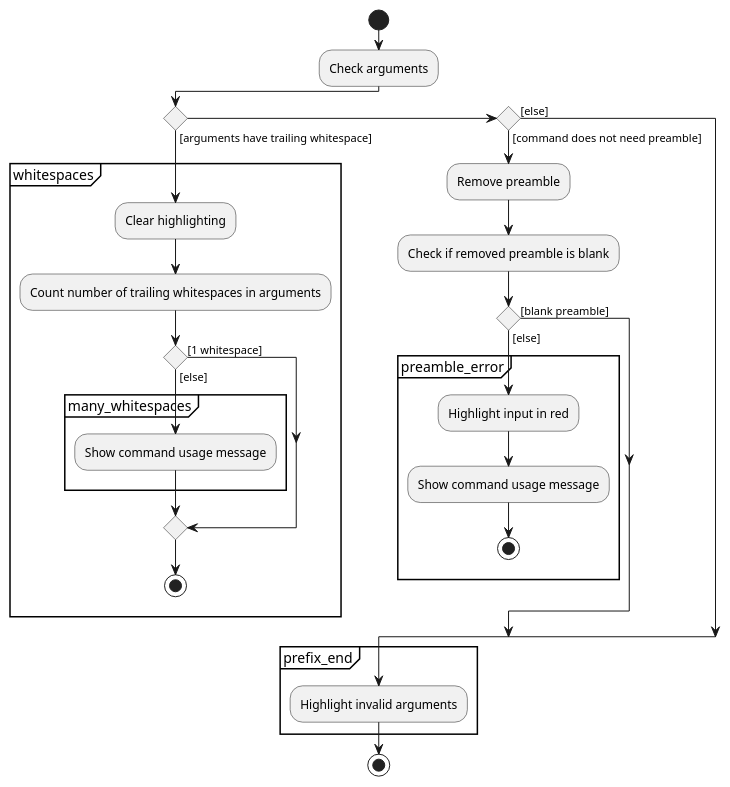
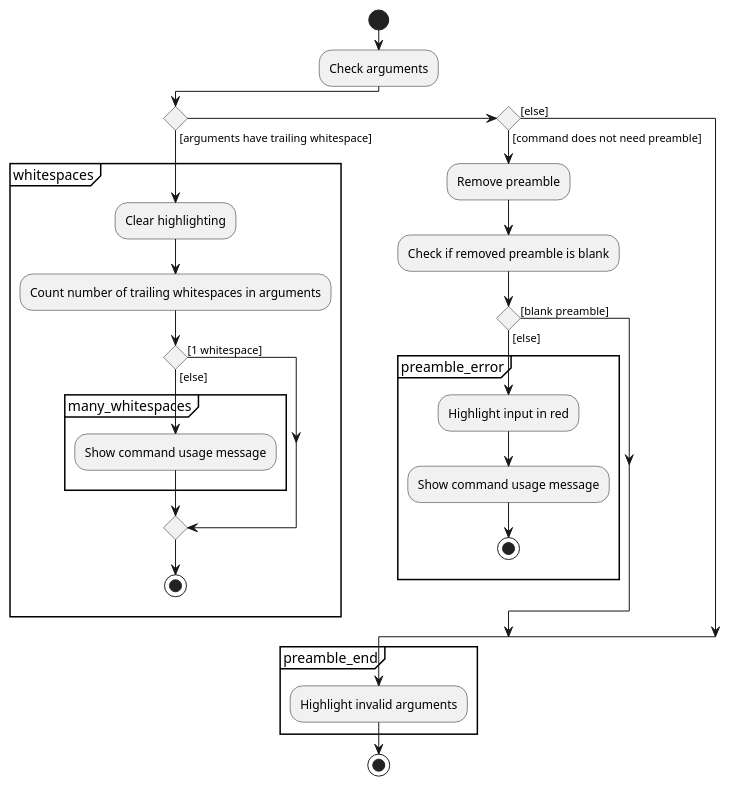
One commit to nus-cs2103-AY1920S2/addressbook-level3 changed the second of 3 diagrams in docs/diagrams/SyntaxHighlightingActivityDiagram.puml. Above: the diagram before and after it, drawn with PlantUML. The commit also changed 3 other files, not shown here.

Commit message:
Update typos in PlantUML Diagrams

```diff
--- a/docs/diagrams/SyntaxHighlightingActivityDiagram.puml
+++ b/docs/diagrams/SyntaxHighlightingActivityDiagram.puml
@@ -37,36 +37,36 @@
 @startuml
 start
 :Check arguments;
 
 if () then ([arguments have trailing whitespace])
 partition whitespaces {
     :Clear highlighting;
     :Count number of trailing whitespaces in arguments;
     if () then ([1 whitespace])
     else ([else])
     partition many_whitespaces {
         :Show command usage message;
     }
     endif
     stop
 }
 else if () then ([command does not need preamble])
     :Remove preamble;
 
     :Check if removed preamble is blank;
 
     if () then ([blank preamble])
     else ([else])
     partition preamble_error {
         :Highlight input in red;
         :Show command usage message;
         stop
     }
     endif
 else ([else])
 endif
-partition prefix_end {
+partition preamble_end {
 :Highlight invalid arguments;
 }
 stop
 @enduml
```
